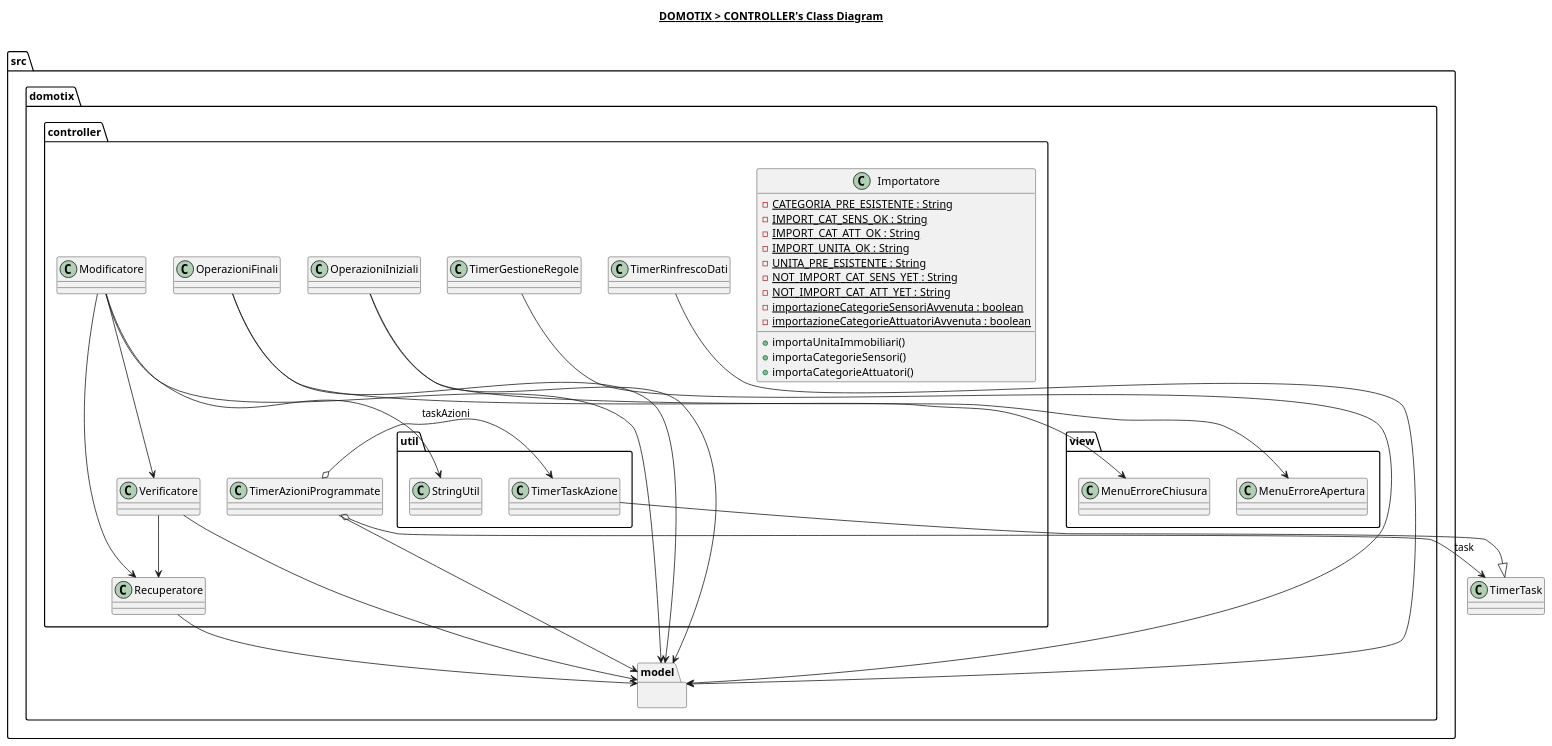
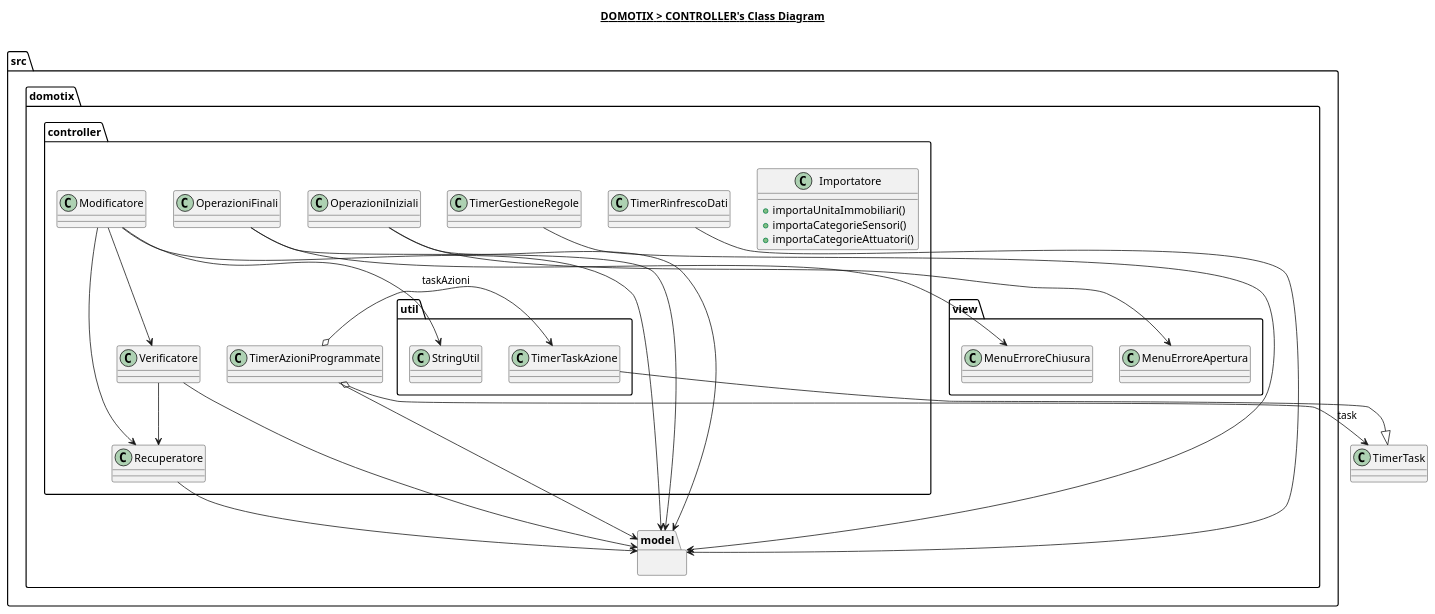
The diagram in src/domotix/controller/controller.plantuml (Edoar-do/Domotix), drawn with PlantUML before and after one commit. The commit also changed 1 other file, not shown here.

Commit message:
Aggiorno diagrammi V5

```diff
--- a/src/domotix/controller/controller.plantuml
+++ b/src/domotix/controller/controller.plantuml
@@ -1,80 +1,71 @@
 @startuml
 
 title __DOMOTIX > CONTROLLER's Class Diagram__\n
 
 namespace src.domotix.controller {
     class src.domotix.controller.Importatore {
-        {static} - CATEGORIA_PRE_ESISTENTE : String
-        {static} - IMPORT_CAT_SENS_OK : String
-        {static} - IMPORT_CAT_ATT_OK : String
-        {static} - IMPORT_UNITA_OK : String
-        {static} - UNITA_PRE_ESISTENTE : String
-        {static} - NOT_IMPORT_CAT_SENS_YET : String
-        {static} - NOT_IMPORT_CAT_ATT_YET : String
-        {static} - importazioneCategorieSensoriAvvenuta : boolean
-        {static} - importazioneCategorieAttuatoriAvvenuta : boolean
         + importaUnitaImmobiliari()
         + importaCategorieSensori()
         + importaCategorieAttuatori()
     }
 
     class src.domotix.controller.Modificatore {
     }
 
     class src.domotix.controller.OperazioniFinali {
     }
 
     class src.domotix.controller.OperazioniIniziali {
     }
 
     class src.domotix.controller.Recuperatore {
     }
 
     class src.domotix.controller.Verificatore {
     }
 
     class src.domotix.controller.TimerGestioneRegole {
     }
 
     class src.domotix.controller.TimerRinfrescoDati {
     }
 
     class src.domotix.controller.TimerAzioniProgrammate {
     }
 
     namespace util {
         class src.domotix.controller.util.StringUtil {
         }
         class src.domotix.controller.util.TimerTaskAzione {
         }
     }
 }
 
 namespace src.domotix.model {
 
 }
 
 src.domotix.controller.Modificatore --> src.domotix.controller.util.StringUtil
 src.domotix.controller.Modificatore --> src.domotix.controller.Recuperatore
 src.domotix.controller.Modificatore --> src.domotix.controller.Verificatore
 src.domotix.controller.Modificatore --> src.domotix.model
 
 src.domotix.controller.Verificatore --> src.domotix.controller.Recuperatore
 src.domotix.controller.Verificatore --> src.domotix.model
 
 src.domotix.controller.Recuperatore --> src.domotix.model
 
 src.domotix.controller.OperazioniIniziali --> src.domotix.model
 src.domotix.controller.OperazioniIniziali --> src.domotix.view.MenuErroreApertura
 
 src.domotix.controller.OperazioniFinali --> src.domotix.model
 src.domotix.controller.OperazioniFinali --> src.domotix.view.MenuErroreChiusura
 
 src.domotix.controller.TimerGestioneRegole --> src.domotix.model
 src.domotix.controller.TimerRinfrescoDati --> src.domotix.model
 src.domotix.controller.TimerAzioniProgrammate --> src.domotix.model
 src.domotix.controller.TimerAzioniProgrammate o-> TimerTask : task
 src.domotix.controller.TimerAzioniProgrammate o-> src.domotix.controller.util.TimerTaskAzione : taskAzioni
 src.domotix.controller.util.TimerTaskAzione --|> TimerTask
 
 @enduml
```
